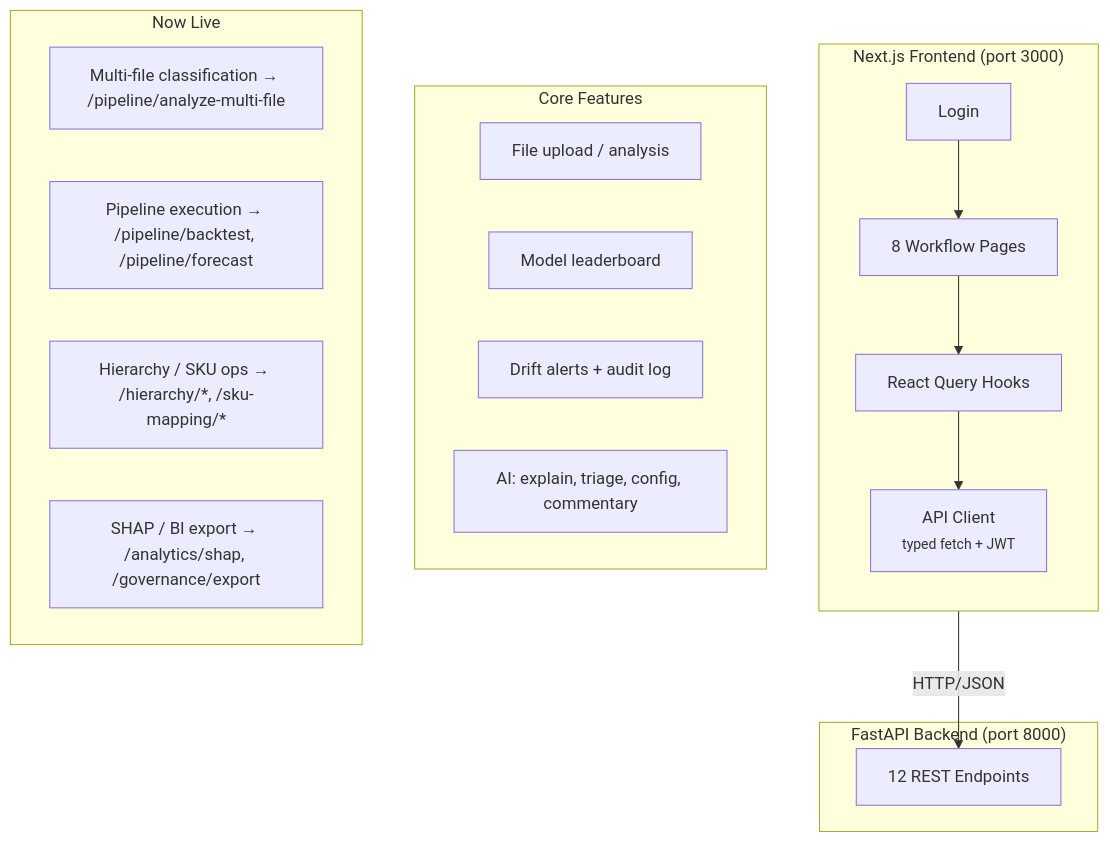
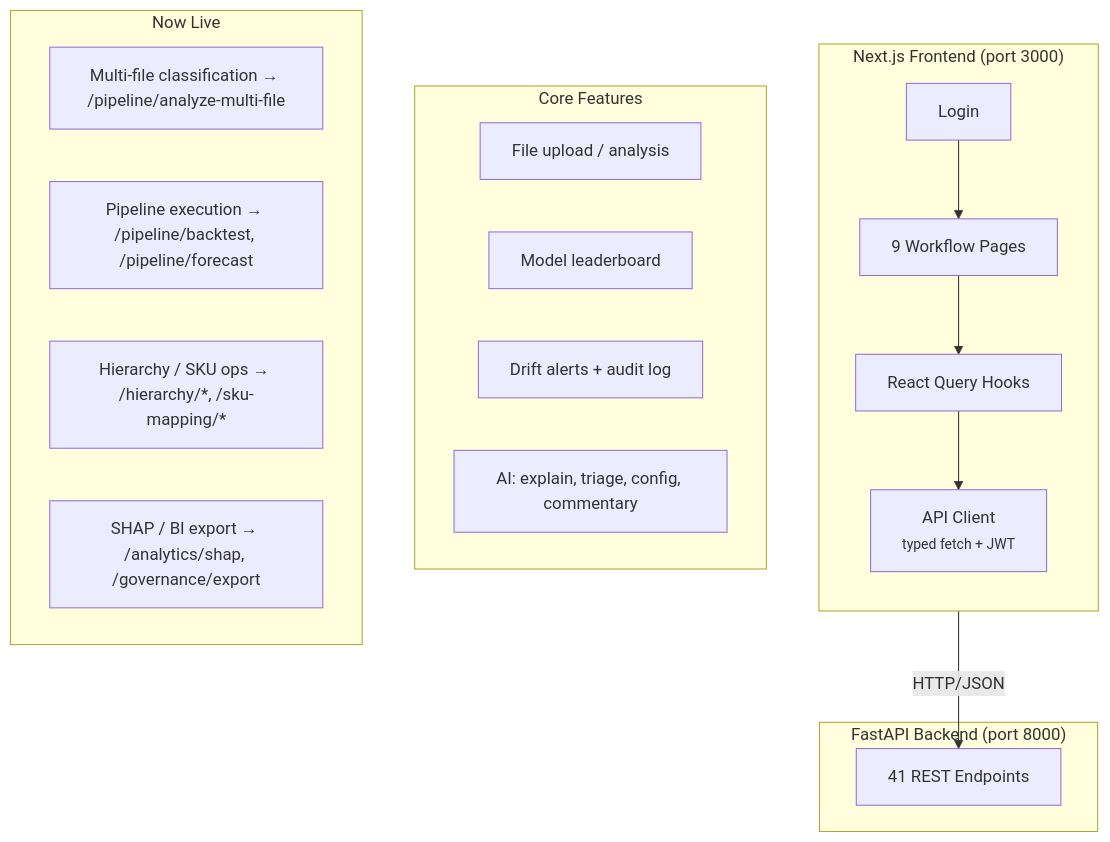
Diagram 13 of 14 in ARCHITECTURE.md (chaitu1385/RossmannKaggle), drawn with Mermaid before and after one commit. The commit also changed other lines of this file and 3 other files, not shown here.

First line of the commit message:
docs: sync frontend architecture docs with code

````diff
--- a/ARCHITECTURE.md
+++ b/ARCHITECTURE.md
@@ -610,29 +610,29 @@
 ```mermaid
 graph TB
     subgraph NextJS["Next.js Frontend (port 3000)"]
         direction TB
-        NL["Login"] --> NP["8 Workflow Pages"]
+        NL["Login"] --> NP["9 Workflow Pages"]
         NP --> NH["React Query Hooks"]
         NH --> NC["API Client<br/><small>typed fetch + JWT</small>"]
     end
 
     subgraph API["FastAPI Backend (port 8000)"]
-        EP["12 REST Endpoints"]
+        EP["41 REST Endpoints"]
     end
 
     NC -->|HTTP/JSON| EP
 
     subgraph LiveFeatures["Core Features"]
         LF1["File upload / analysis"]
         LF2["Model leaderboard"]
         LF3["Drift alerts + audit log"]
         LF4["AI: explain, triage, config, commentary"]
     end
 
     subgraph ImplementedFeatures["Now Live"]
         IF1["Multi-file classification → /pipeline/analyze-multi-file"]
         IF2["Pipeline execution → /pipeline/backtest, /pipeline/forecast"]
         IF3["Hierarchy / SKU ops → /hierarchy/*, /sku-mapping/*"]
         IF4["SHAP / BI export → /analytics/shap, /governance/export"]
     end
 ```
````
